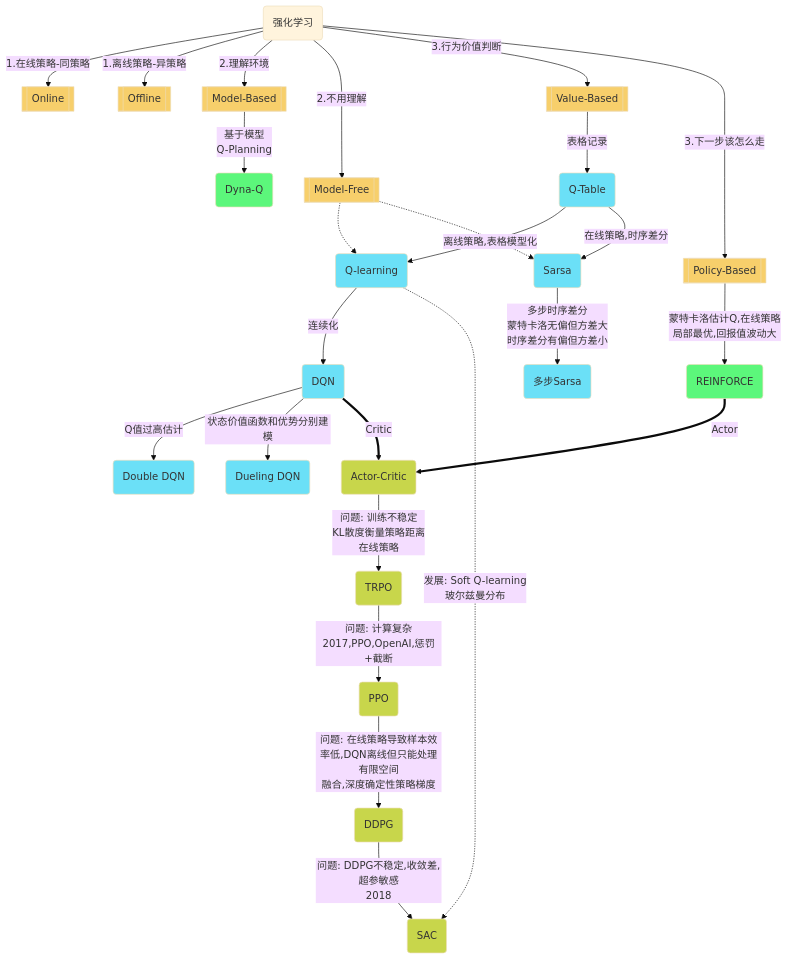
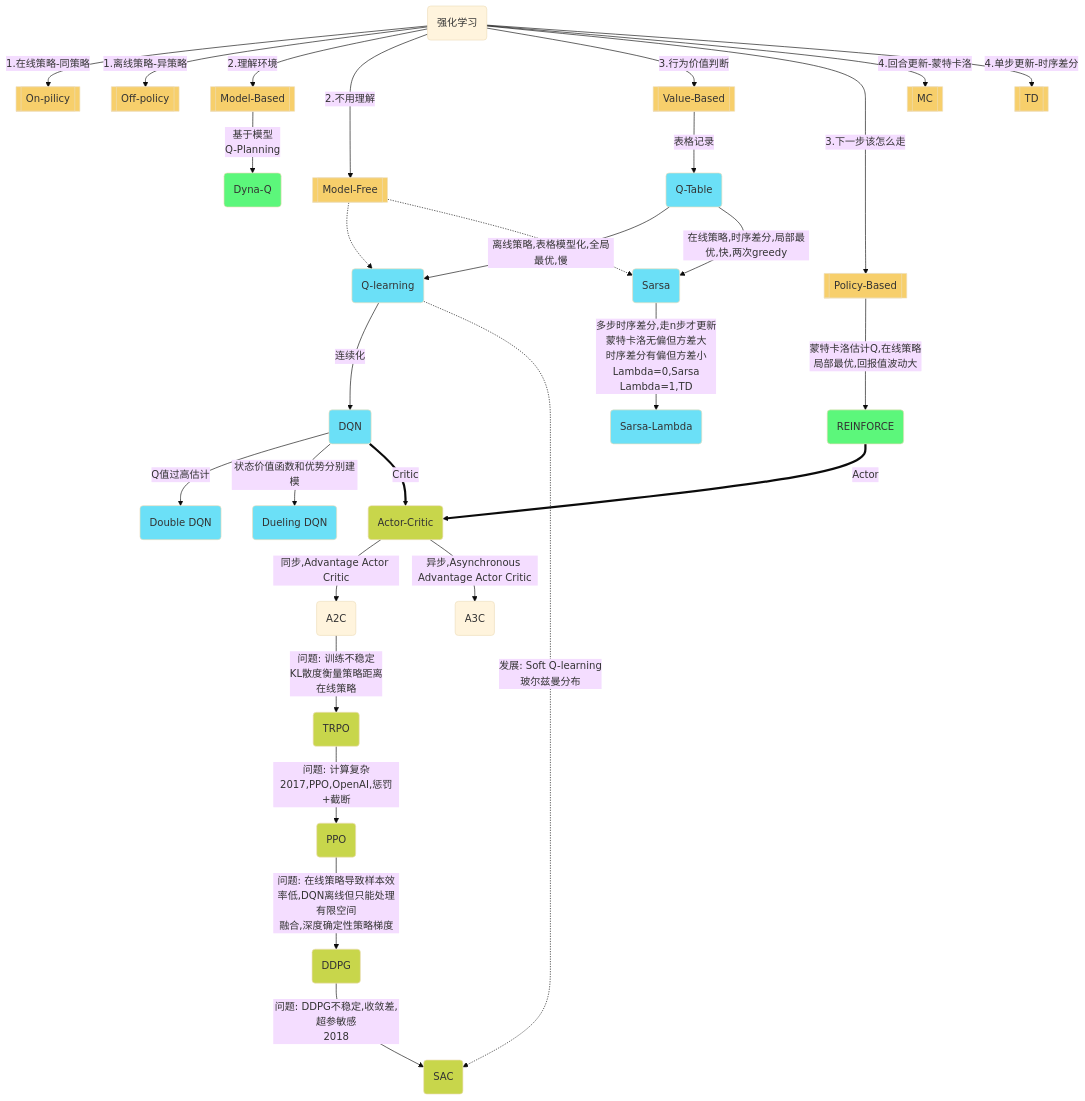
Before and after one commit to Gaohaoyang/gaohaoyang.github.io: the diagram in _posts/2020-05-14-RL.md, drawn with Mermaid (base theme). The commit also changed other lines of this file, not shown here.

Commit message:
更新图+资料

```diff
--- a/_posts/2020-05-14-RL.md
+++ b/_posts/2020-05-14-RL.md
@@ -656,39 +728,46 @@
 <div class="mermaid">
     flowchart TD
     %% 节点颜色
     classDef red fill:#f02;
     classDef green fill:#5CF77B;
     classDef blue fill:#6BE0F7;
     classDef orange fill:#F7CF6B;
     classDef grass fill:#C8D64B;
     %%节点关系定义
     O(强化学习)
-    O -->|1.在线策略-同策略| S[[Online]]:::orange
-    O -->|1.离线策略-异策略| N[[Offline]]:::orange
+    O -->|1.在线策略-同策略| S[[On-pilicy]]:::orange
+    O -->|1.离线策略-异策略| N[[Off-policy]]:::orange
 
     O -->|2.理解环境| MB[[Model-Based]]:::orange
     O -->|2.不用理解| MF[[Model-Free]]:::orange
     MB -->|基于模型\nQ-Planning|MB1(Dyna-Q):::green
     
     O -->|3.行为价值判断| V[[Value-Based]]:::orange
     O -->|3.下一步该怎么走| P[[Policy-Based]]:::orange
 
+    O -->|4.回合更新-蒙特卡洛| MC[[MC]]:::orange
+    O -->|4.单步更新-时序差分| T[[TD]]:::orange
+
     V -->|表格记录| V1(Q-Table):::blue
-    V1 -->|离线策略,表格模型化| V2(Q-learning):::blue
-    V1 -->|在线策略,时序差分| V21(Sarsa):::blue
+    V1 -->|离线策略,表格模型化,全局最优,慢| V2(Q-learning):::blue
+    V1 -->|在线策略,时序差分,局部最优,快,两次greedy| V21(Sarsa):::blue
     MF -.->V2 & V21
-    V21 -->|多步时序差分\n蒙特卡洛无偏但方差大\n时序差分有偏但方差小| V22(多步Sarsa):::blue
+    V21 -->|多步时序差分,走n步才更新\n蒙特卡洛无偏但方差大\n时序差分有偏但方差小\nLambda=0,Sarsa\nLambda=1,TD| V22(Sarsa-Lambda):::blue
     V2 -->|连续化| V3(DQN):::blue
     V3 -->|Q值过高估计| V31(Double DQN):::blue
     V3 -->|状态价值函数和优势分别建模| V32(Dueling DQN):::blue
 
     P -->|蒙特卡洛估计Q,在线策略\n局部最优,回报值波动大| P1(REINFORCE):::green
 
     P1 ==>|Actor| M(Actor-Critic):::grass
     V3 ==>|Critic| M
-    M -->|问题: 训练不稳定\nKL散度衡量策略距离\n在线策略|M1(TRPO):::grass
+
+    M -->|同步,Advantage Actor Critic| Ma(A2C)
+    M -->|异步,Asynchronous Advantage Actor Critic| Mb(A3C)
+
+    Ma -->|问题: 训练不稳定\nKL散度衡量策略距离\n在线策略|M1(TRPO):::grass
     M1 -->|问题: 计算复杂\n2017,PPO,OpenAI,惩罚+截断|M2(PPO):::grass
     M2 -->|问题: 在线策略导致样本效率低,DQN离线但只能处理有限空间\n融合,深度确定性策略梯度| M3(DDPG):::grass
     M3 -->|问题: DDPG不稳定,收敛差,超参敏感\n2018|M4(SAC):::grass
     V2 -.->|发展: Soft Q-learning\n玻尔兹曼分布| M4
 </div>
```
